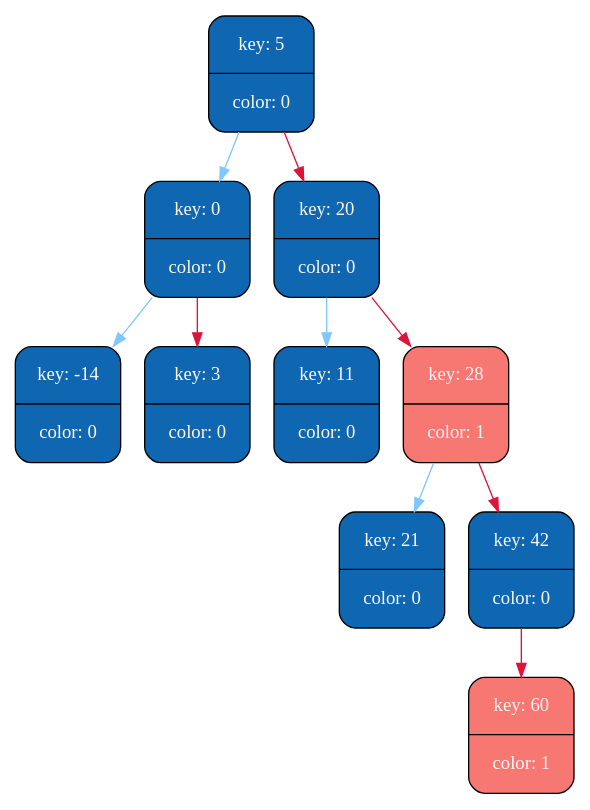
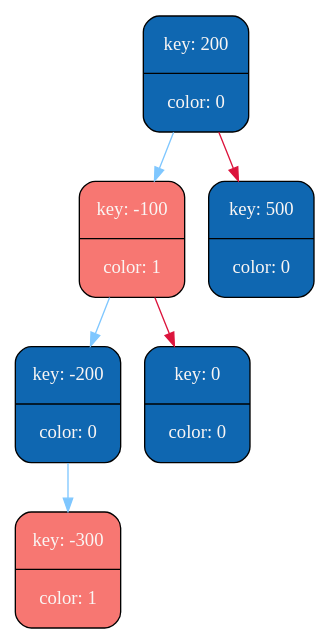
Before and after one commit to MaxGroshev/graph_algorithm: the diagram in rb_tree/graph_lib/tree_dump.dot, drawn with Graphviz. The commit also changed 4 other files, not shown here.

```diff
--- a/rb_tree/graph_lib/tree_dump.dot
+++ b/rb_tree/graph_lib/tree_dump.dot
@@ -1,25 +1,17 @@
 digraph   
 {
 rankdir = ""
 splines = "true"
 
-node0x604000001090 [shape      = "Mrecord", width = 1.1, height = 1.21,  fillcolor   = "#0F67B1", style = "filled", fontcolor= " #FAF6F4", fontname = "Calibri", color = "0", label = "{key: 5| color: 0}"]
-node0x604000001090 -> node0x604000001010 [color = "#7FC7FF", style = "", constraint = true, fillcolor = "#7FC7FF",   fontcolor = "", fontname = "Calibri", label = ""];
-node0x604000001010 [shape      = "Mrecord", width = 1.1, height = 1.21,  fillcolor   = "#0F67B1", style = "filled", fontcolor= " #FAF6F4", fontname = "Calibri", color = "0", label = "{key: 0| color: 0}"]
-node0x604000001010 -> node0x604000000fd0 [color = "#7FC7FF", style = "", constraint = true, fillcolor = "#7FC7FF",   fontcolor = "", fontname = "Calibri", label = ""];
-node0x604000000fd0 [shape      = "Mrecord", width = 1.1, height = 1.21,  fillcolor   = "#0F67B1", style = "filled", fontcolor= " #FAF6F4", fontname = "Calibri", color = "0", label = "{key: -14| color: 0}"]
-node0x604000001010 -> node0x604000001050 [color = "#DC143C", style = "", constraint = true, fillcolor = "#DC143C",   fontcolor = "", fontname = "Calibri", label = ""];
-node0x604000001050 [shape      = "Mrecord", width = 1.1, height = 1.21,  fillcolor   = "#0F67B1", style = "filled", fontcolor= " #FAF6F4", fontname = "Calibri", color = "0", label = "{key: 3| color: 0}"]
-node0x604000001090 -> node0x604000001110 [color = "#DC143C", style = "", constraint = true, fillcolor = "#DC143C",   fontcolor = "", fontname = "Calibri", label = ""];
-node0x604000001110 [shape      = "Mrecord", width = 1.1, height = 1.21,  fillcolor   = "#0F67B1", style = "filled", fontcolor= " #FAF6F4", fontname = "Calibri", color = "0", label = "{key: 20| color: 0}"]
-node0x604000001110 -> node0x6040000010d0 [color = "#7FC7FF", style = "", constraint = true, fillcolor = "#7FC7FF",   fontcolor = "", fontname = "Calibri", label = ""];
-node0x6040000010d0 [shape      = "Mrecord", width = 1.1, height = 1.21,  fillcolor   = "#0F67B1", style = "filled", fontcolor= " #FAF6F4", fontname = "Calibri", color = "0", label = "{key: 11| color: 0}"]
-node0x604000001110 -> node0x604000001190 [color = "#DC143C", style = "", constraint = true, fillcolor = "#DC143C",   fontcolor = "", fontname = "Calibri", label = ""];
-node0x604000001190 [shape      = "Mrecord", width = 1.1, height = 1.21,  fillcolor   = "#F77772", style = "filled", fontcolor= " #FAF6F4", fontname = "Calibri", color = "1", label = "{key: 28| color: 1}"]
-node0x604000001190 -> node0x604000001150 [color = "#7FC7FF", style = "", constraint = true, fillcolor = "#7FC7FF",   fontcolor = "", fontname = "Calibri", label = ""];
-node0x604000001150 [shape      = "Mrecord", width = 1.1, height = 1.21,  fillcolor   = "#0F67B1", style = "filled", fontcolor= " #FAF6F4", fontname = "Calibri", color = "0", label = "{key: 21| color: 0}"]
-node0x604000001190 -> node0x6040000011d0 [color = "#DC143C", style = "", constraint = true, fillcolor = "#DC143C",   fontcolor = "", fontname = "Calibri", label = ""];
-node0x6040000011d0 [shape      = "Mrecord", width = 1.1, height = 1.21,  fillcolor   = "#0F67B1", style = "filled", fontcolor= " #FAF6F4", fontname = "Calibri", color = "0", label = "{key: 42| color: 0}"]
-node0x6040000011d0 -> node0x604000001210 [color = "#DC143C", style = "", constraint = true, fillcolor = "#DC143C",   fontcolor = "", fontname = "Calibri", label = ""];
-node0x604000001210 [shape      = "Mrecord", width = 1.1, height = 1.21,  fillcolor   = "#F77772", style = "filled", fontcolor= " #FAF6F4", fontname = "Calibri", color = "1", label = "{key: 60| color: 1}"]
+node0x6040000016d0 [shape      = "Mrecord", width = 1.1, height = 1.21,  fillcolor   = "#0F67B1", style = "filled", fontcolor= " #FAF6F4", fontname = "Calibri", color = "0", label = "{key: 200| color: 0}"]
+node0x6040000016d0 -> node0x604000001690 [color = "#7FC7FF", style = "", constraint = true, fillcolor = "#7FC7FF",   fontcolor = "", fontname = "Calibri", label = ""];
+node0x604000001690 [shape      = "Mrecord", width = 1.1, height = 1.21,  fillcolor   = "#F77772", style = "filled", fontcolor= " #FAF6F4", fontname = "Calibri", color = "1", label = "{key: -100| color: 1}"]
+node0x604000001690 -> node0x604000001750 [color = "#7FC7FF", style = "", constraint = true, fillcolor = "#7FC7FF",   fontcolor = "", fontname = "Calibri", label = ""];
+node0x604000001750 [shape      = "Mrecord", width = 1.1, height = 1.21,  fillcolor   = "#0F67B1", style = "filled", fontcolor= " #FAF6F4", fontname = "Calibri", color = "0", label = "{key: -200| color: 0}"]
+node0x604000001750 -> node0x6040000017d0 [color = "#7FC7FF", style = "", constraint = true, fillcolor = "#7FC7FF",   fontcolor = "", fontname = "Calibri", label = ""];
+node0x6040000017d0 [shape      = "Mrecord", width = 1.1, height = 1.21,  fillcolor   = "#F77772", style = "filled", fontcolor= " #FAF6F4", fontname = "Calibri", color = "1", label = "{key: -300| color: 1}"]
+node0x604000001690 -> node0x604000001790 [color = "#DC143C", style = "", constraint = true, fillcolor = "#DC143C",   fontcolor = "", fontname = "Calibri", label = ""];
+node0x604000001790 [shape      = "Mrecord", width = 1.1, height = 1.21,  fillcolor   = "#0F67B1", style = "filled", fontcolor= " #FAF6F4", fontname = "Calibri", color = "0", label = "{key: 0| color: 0}"]
+node0x6040000016d0 -> node0x604000001710 [color = "#DC143C", style = "", constraint = true, fillcolor = "#DC143C",   fontcolor = "", fontname = "Calibri", label = ""];
+node0x604000001710 [shape      = "Mrecord", width = 1.1, height = 1.21,  fillcolor   = "#0F67B1", style = "filled", fontcolor= " #FAF6F4", fontname = "Calibri", color = "0", label = "{key: 500| color: 0}"]
 }
```
